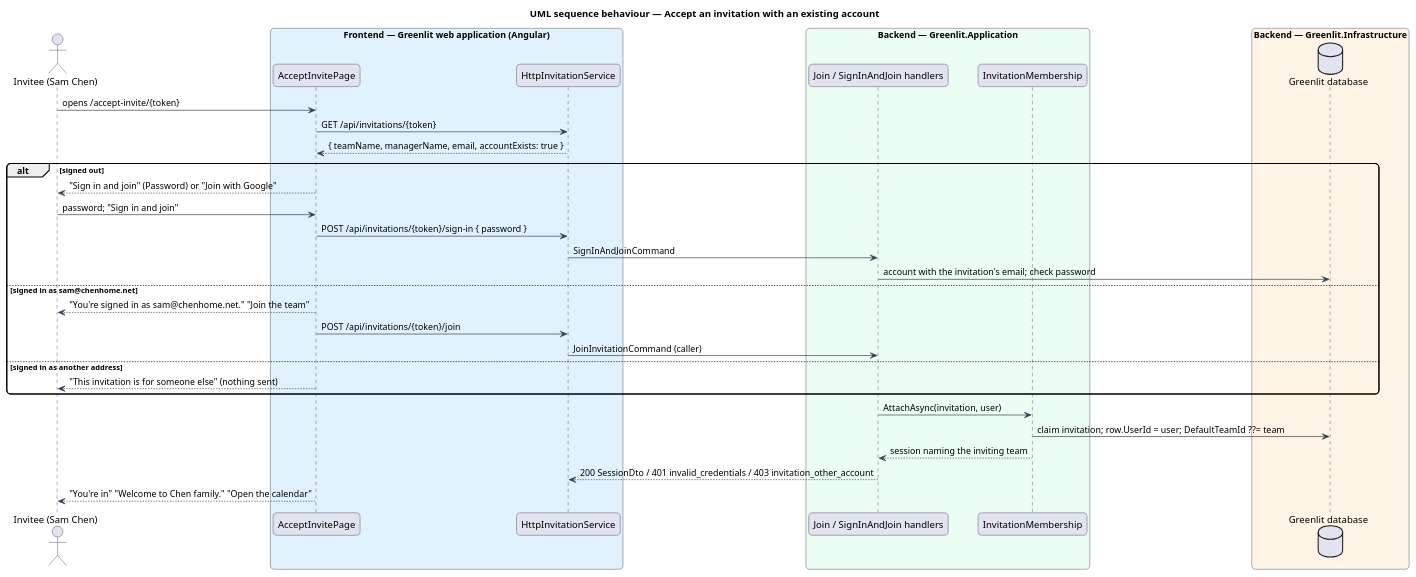
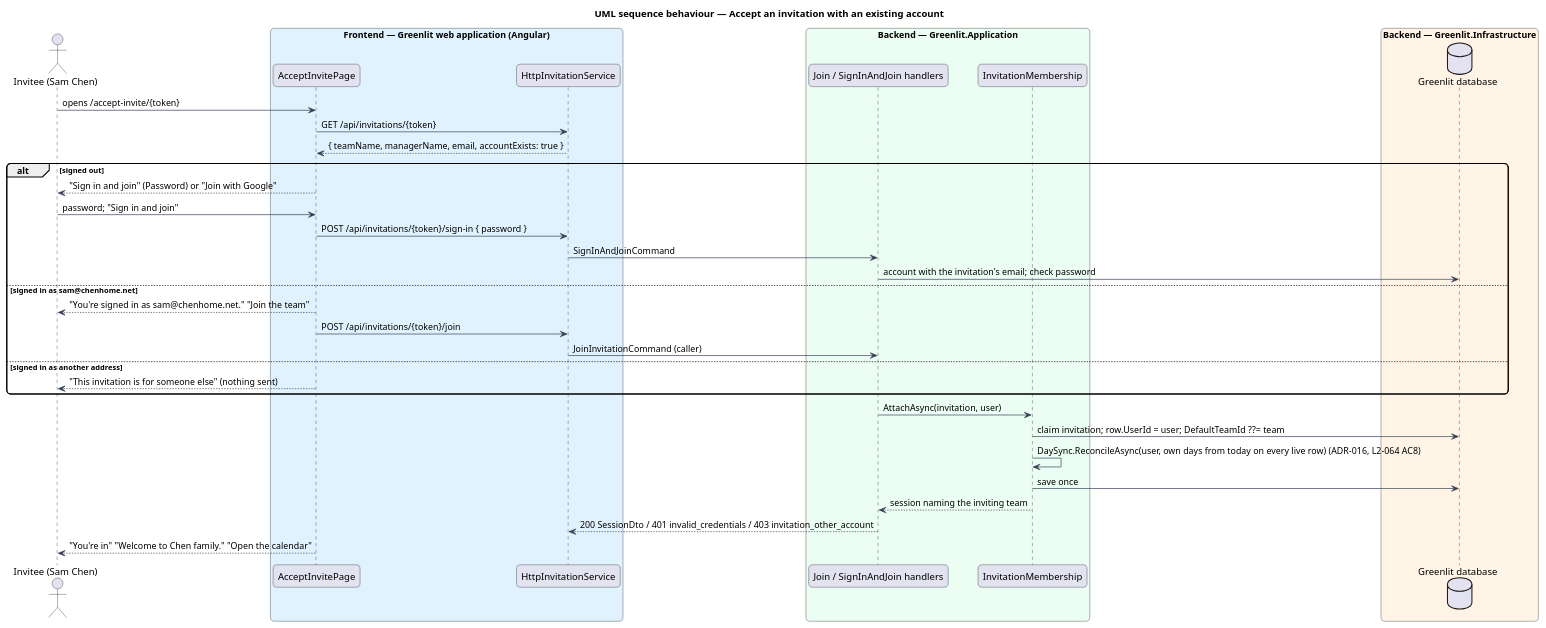
One commit to QuinntyneBrown/greenlit changed the diagram in docs/detailed-designs/identity-and-access/accept-invitation/diagrams/sequence-join-existing-account.puml. Above: the diagram before and after it, drawn with PlantUML. The commit also changed 13 other files, not shown here.

Commit message:
Design the synced day's write, read and join paths (L2-064, ADR-016)

```diff
--- a/docs/detailed-designs/identity-and-access/accept-invitation/diagrams/sequence-join-existing-account.puml
+++ b/docs/detailed-designs/identity-and-access/accept-invitation/diagrams/sequence-join-existing-account.puml
@@ -1,41 +1,43 @@
 @startuml
 title UML sequence behaviour — Accept an invitation with an existing account
 skinparam backgroundColor #FFFFFF
 skinparam shadowing false
 skinparam roundcorner 12
 skinparam defaultFontName Arial
 skinparam ArrowColor #344054
 actor "Invitee (Sam Chen)" as actor
 box "Frontend — Greenlit web application (Angular)" #E0F2FE
   participant "AcceptInvitePage" as ui
   participant "HttpInvitationService" as client
 end box
 box "Backend — Greenlit.Application" #ECFDF3
   participant "Join / SignInAndJoin handlers" as handler
   participant "InvitationMembership" as attach
 end box
 box "Backend — Greenlit.Infrastructure" #FFF4E5
   database "Greenlit database" as db
 end box
 actor -> ui : opens /accept-invite/{token}
 ui -> client : GET /api/invitations/{token}
 client --> ui : { teamName, managerName, email, accountExists: true }
 alt signed out
   ui --> actor : "Sign in and join" (Password) or "Join with Google"
   actor -> ui : password; "Sign in and join"
   ui -> client : POST /api/invitations/{token}/sign-in { password }
   client -> handler : SignInAndJoinCommand
   handler -> db : account with the invitation's email; check password
 else signed in as sam@chenhome.net
   ui --> actor : "You're signed in as sam@chenhome.net." "Join the team"
   ui -> client : POST /api/invitations/{token}/join
   client -> handler : JoinInvitationCommand (caller)
 else signed in as another address
   ui --> actor : "This invitation is for someone else" (nothing sent)
 end
 handler -> attach : AttachAsync(invitation, user)
 attach -> db : claim invitation; row.UserId = user; DefaultTeamId ??= team
+attach -> attach : DaySync.ReconcileAsync(user, own days from today on every live row) (ADR-016, L2-064 AC8)
+attach -> db : save once
 attach --> handler : session naming the inviting team
 handler --> client : 200 SessionDto / 401 invalid_credentials / 403 invitation_other_account
 ui --> actor : "You're in" "Welcome to Chen family." "Open the calendar"
 @enduml
```
